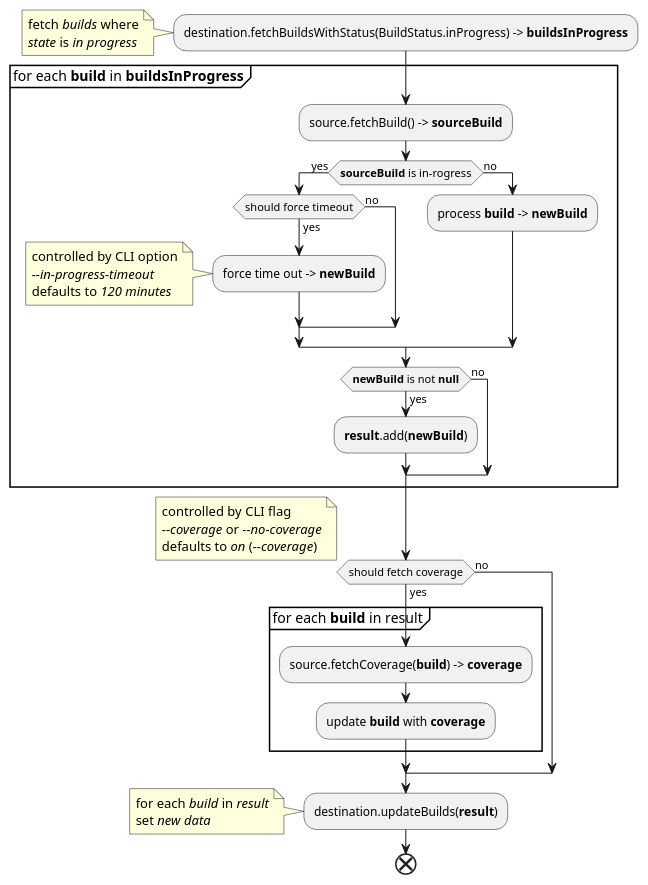
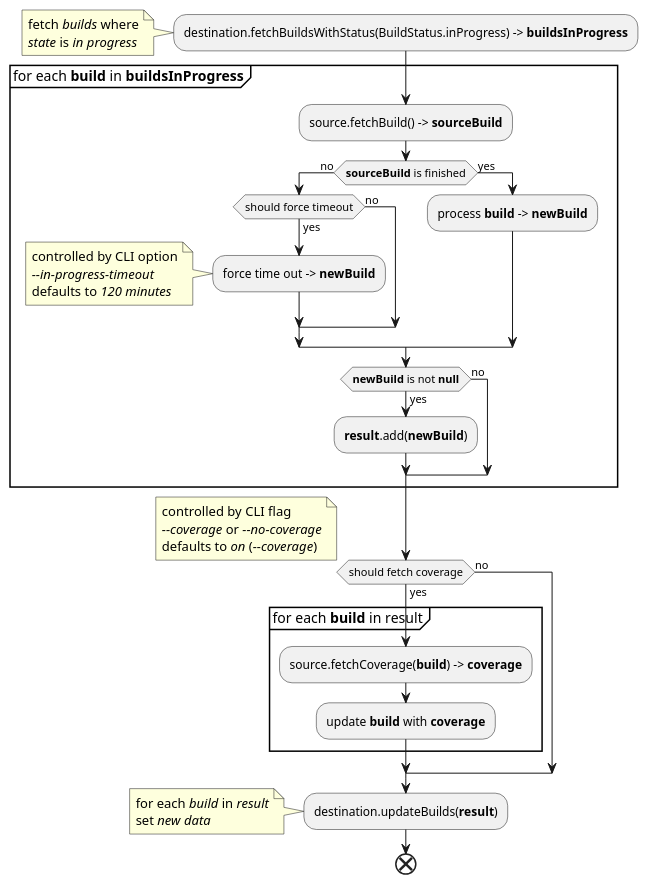
The diagram in metrics/ci_integrations/docs/diagrams/resync_builds_stage_activity_diagram.puml (Flank/flank-dashboard), drawn with PlantUML before and after one commit.

Commit message:
update diagram

```diff
--- a/metrics/ci_integrations/docs/diagrams/resync_builds_stage_activity_diagram.puml
+++ b/metrics/ci_integrations/docs/diagrams/resync_builds_stage_activity_diagram.puml
@@ -1,55 +1,55 @@
 @startuml resync_builds_stage_activity_diagram
 'https://plantuml.com/activity-diagram-beta
 skinparam ConditionEndStyle hline
 
 :destination.fetchBuildsWithStatus(BuildStatus.inProgress) -> **buildsInProgress**;
 note left
     fetch //builds// where
     //state// is //in progress//
 end note
 
 partition "for each **build** in **buildsInProgress**" {
     :source.fetchBuild() -> **sourceBuild**;
 
-    if (**sourceBuild** is in-rogress) then (yes)
+    if (**sourceBuild** is finished) then (no)
         if (should force timeout) then (yes)
             :force time out -> **newBuild**;
             note left
                 controlled by CLI option
                 //--in-progress-timeout//
                 defaults to //120 minutes//
             end note
         else (no)
         endif
-    else (no) 
+    else (yes) 
         :process **build** -> **newBuild**;
     endif
 
     if (**newBuild** is not **null**) then (yes)
         :**result**.add(**newBuild**);
     else(no)
     endif
 }
 
 if (should fetch coverage) then (yes)
     partition "for each **build** in result" {
         :source.fetchCoverage(**build**) -> **coverage**;
         :update **build** with **coverage**;
     }
 else (no)
 endif
 note left
     controlled by CLI flag
     //--coverage// or //--no-coverage//
     defaults to //on// (//--coverage//)
 end note
 
 :destination.updateBuilds(**result**);
 note left
     for each //build// in //result//
     set //new data//
 end note
 
 end
 
 @enduml
```
